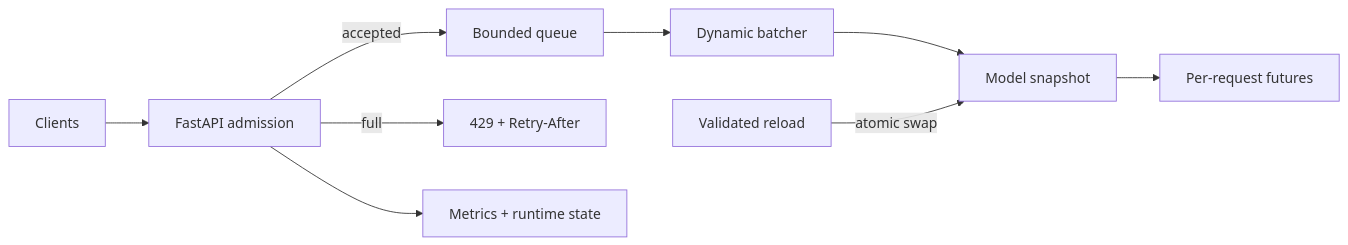
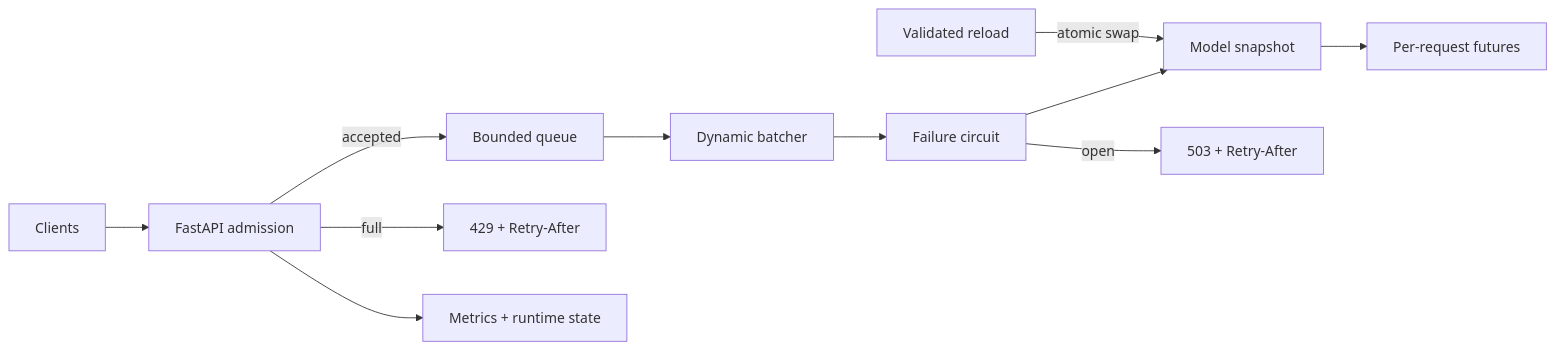
One commit to cagataykavas/distributed-ml-inference changed the diagram in README.md. Above: the diagram before and after it, drawn with Mermaid. The commit also changed other lines of this file, not shown here.

Commit message:
Document circuit breaker semantics and operations

````diff
--- a/README.md
+++ b/README.md
@@ -11,11 +11,13 @@
 ```mermaid
 flowchart LR
     C[Clients] --> A[FastAPI admission]
     A -->|accepted| Q[Bounded queue]
     A -->|full| O[429 + Retry-After]
     Q --> B[Dynamic batcher]
-    B --> S[Model snapshot]
+    B --> CB[Failure circuit]
+    CB --> S[Model snapshot]
+    CB -->|open| F[503 + Retry-After]
     S --> R[Per-request futures]
     M[Validated reload] -->|atomic swap| S
     A --> T[Metrics + runtime state]
 ```
````
